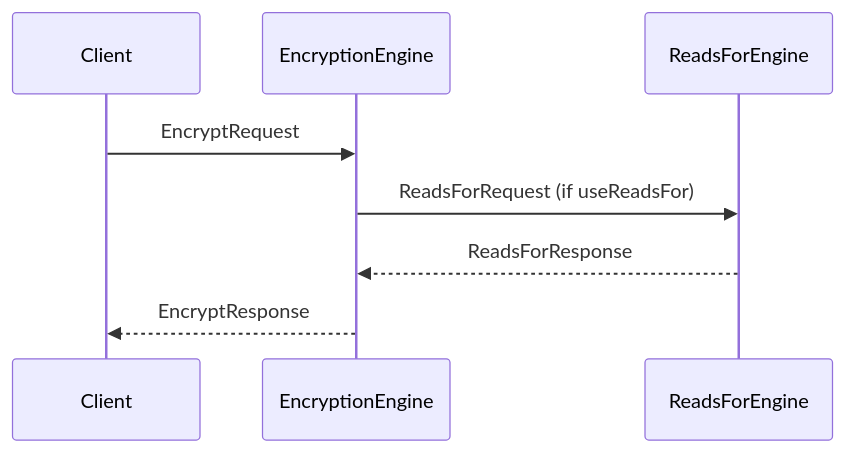
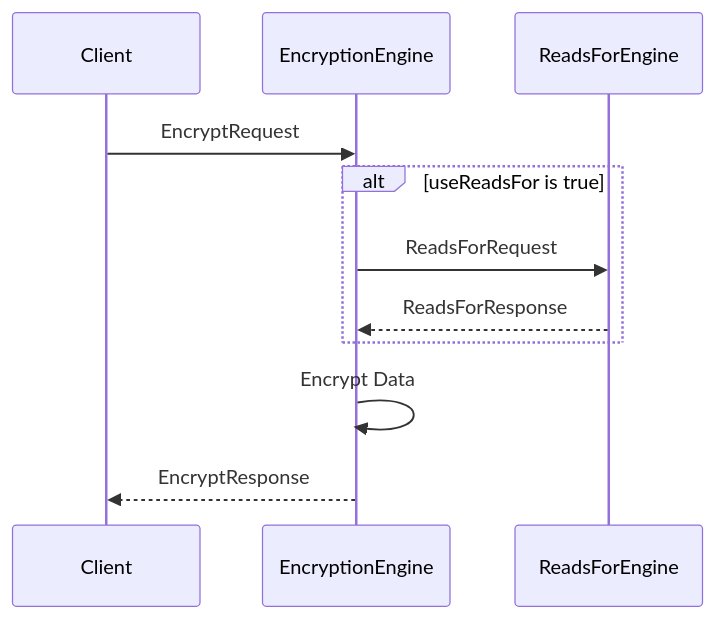
One commit to anoma/nspec changed the diagram in docs/node_architecture/engines/encryption_overview.juvix.md. Above: the diagram before and after it, drawn with Mermaid. The commit also changed other lines of this file and 31 other files, not shown here.

````diff
--- a/docs/node_architecture/engines/encryption_overview.juvix.md
+++ b/docs/node_architecture/engines/encryption_overview.juvix.md
@@ -87,11 +87,14 @@
 ```mermaid
 sequenceDiagram
     participant Client
     participant EncryptionEngine
     participant ReadsForEngine
 
     Client ->> EncryptionEngine: EncryptRequest
-    EncryptionEngine ->> ReadsForEngine: ReadsForRequest (if useReadsFor)
-    ReadsForEngine -->> EncryptionEngine: ReadsForResponse
+    alt useReadsFor is true
+        EncryptionEngine ->> ReadsForEngine: ReadsForRequest
+        ReadsForEngine -->> EncryptionEngine: ReadsForResponse
+    end
+    EncryptionEngine ->> EncryptionEngine: Encrypt Data
     EncryptionEngine -->> Client: EncryptResponse
 ```
````
